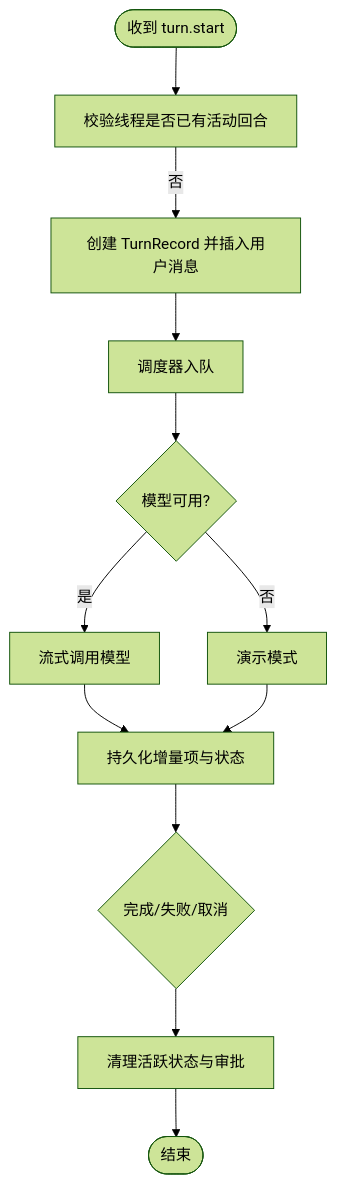
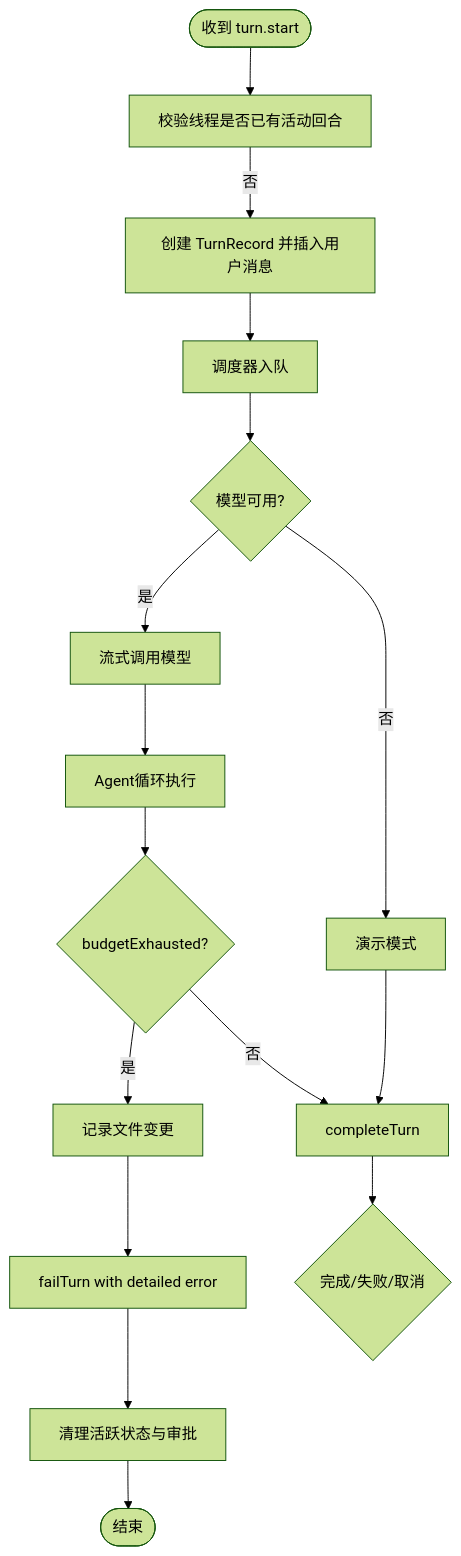
One commit to dyx-9163/ai-aifar changed the third of 6 diagrams in .qoder/repowiki/zh/content/项目概述/核心特性/并发控制和任务调度/工作进程生命周期管理.md. Above: the diagram before and after it, drawn with Mermaid (forest theme). The commit also changed other lines of this file and 37 other files, not shown here.

````diff
--- a/.qoder/repowiki/zh/content/项目概述/核心特性/并发控制和任务调度/工作进程生命周期管理.md
+++ b/.qoder/repowiki/zh/content/项目概述/核心特性/并发控制和任务调度/工作进程生命周期管理.md
@@ -140,14 +164,18 @@
 ```mermaid
 flowchart TD
 Start(["收到 turn.start"]) --> Validate["校验线程是否已有活动回合"]
 Validate --> |否| CreateTurn["创建 TurnRecord 并插入用户消息"]
 CreateTurn --> Enqueue["调度器入队"]
 Enqueue --> Run{"模型可用?"}
 Run --> |是| Stream["流式调用模型"]
+Stream --> Loop["Agent循环执行"]
+Loop --> BudgetCheck{"budgetExhausted?"}
+BudgetCheck --> |是| RecordChanges["记录文件变更"]
+RecordChanges --> FailTurn["failTurn with detailed error"]
+BudgetCheck --> |否| Complete["completeTurn"]
 Run --> |否| Demo["演示模式"]
-Stream --> Persist["持久化增量项与状态"]
-Demo --> Persist
-Persist --> Terminal{"完成/失败/取消"}
-Terminal --> Cleanup["清理活跃状态与审批"]
+Demo --> Complete
+Complete --> Terminal{"完成/失败/取消"}
+FailTurn --> Cleanup["清理活跃状态与审批"]
 Cleanup --> End(["结束"])
 ```
````
